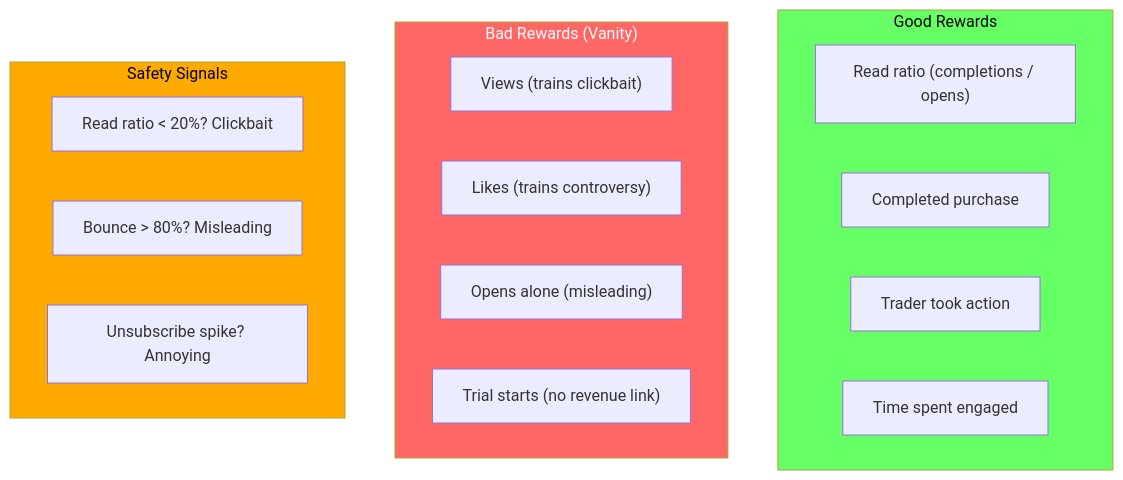
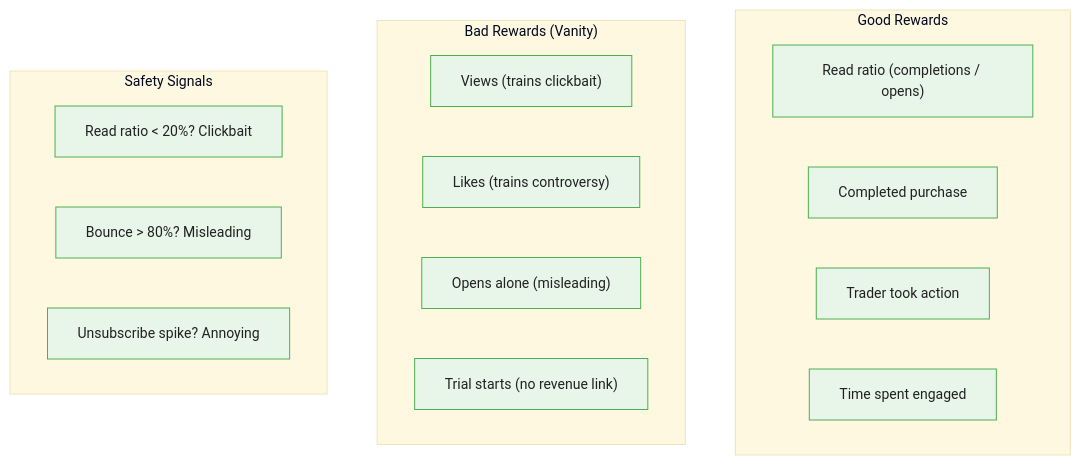
Before and after one commit to m-deane/course-creator: the second of 5 diagrams in courses/multi-armed-bandits-ab-testing/modules/module_04_content_growth_optimization/guides/cheatsheet_slides.md, drawn with Mermaid. The commit also changed other lines of this file and 146 other files, not shown here.

````diff
--- a/courses/multi-armed-bandits-ab-testing/modules/module_04_content_growth_optimization/guides/cheatsheet_slides.md
+++ b/courses/multi-armed-bandits-ab-testing/modules/module_04_content_growth_optimization/guides/cheatsheet_slides.md
@@ -62,24 +81,21 @@
 ```mermaid
+%%{init: {"theme": "base", "themeVariables": {"primaryColor": "#e8f5e9", "primaryBorderColor": "#4caf50", "primaryTextColor": "#212121", "secondaryColor": "#e3f2fd", "tertiaryColor": "#fff8e1", "lineColor": "#757575", "fontFamily": "Inter, sans-serif", "fontSize": "14px"}}}%%
 flowchart TD
     subgraph Good["Good Rewards"]
         G1["Read ratio (completions / opens)"]
         G2["Completed purchase"]
         G3["Trader took action"]
         G4["Time spent engaged"]
     end
     subgraph Bad["Bad Rewards (Vanity)"]
         B1["Views (trains clickbait)"]
         B2["Likes (trains controversy)"]
         B3["Opens alone (misleading)"]
         B4["Trial starts (no revenue link)"]
     end
     subgraph Safety["Safety Signals"]
         S1["Read ratio < 20%? Clickbait"]
         S2["Bounce > 80%? Misleading"]
         S3["Unsubscribe spike? Annoying"]
     end
-
-    style Good fill:#6f6,color:#000
-    style Bad fill:#f66,color:#fff
-    style Safety fill:#fa0,color:#000
 ```
````
